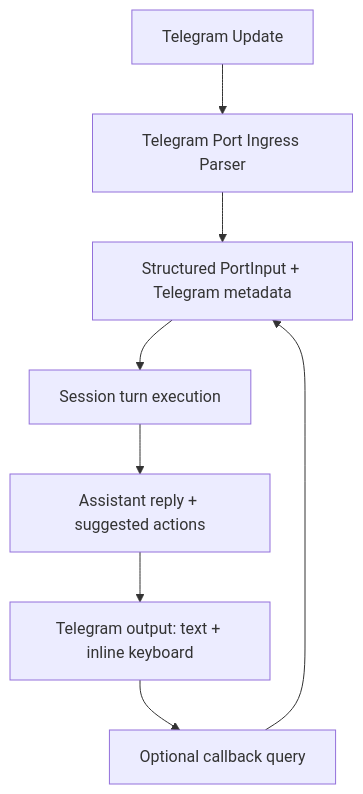
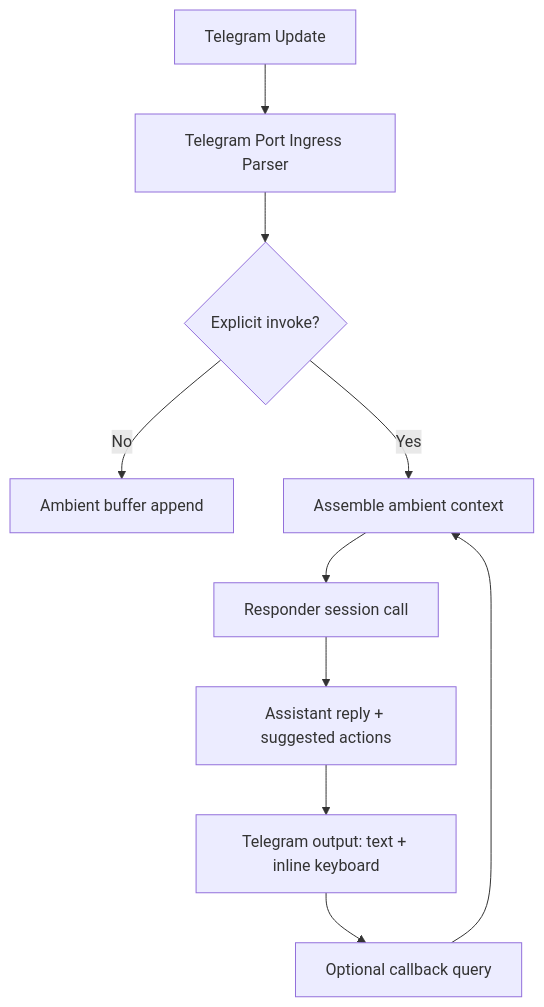
Before and after one commit to leostera/agents: the diagram in docs/rfds/RFD0029-telegram-rich-agent-experience.md, drawn with Mermaid. The commit also changed other lines of this file and 82 other files, not shown here.

````diff
--- a/docs/rfds/RFD0029-telegram-rich-agent-experience.md
+++ b/docs/rfds/RFD0029-telegram-rich-agent-experience.md
@@ -101,10 +101,12 @@
 ```mermaid
 flowchart TD
   A[Telegram Update] --> B[Telegram Port Ingress Parser]
-  B --> C[Structured PortInput + Telegram metadata]
-  C --> D[Session turn execution]
-  D --> E[Assistant reply + suggested actions]
-  E --> F[Telegram output: text + inline keyboard]
-  F --> G[Optional callback query]
-  G --> C
+  B --> C{Explicit invoke?}
+  C -->|No| D[Ambient buffer append]
+  C -->|Yes| E[Assemble ambient context]
+  E --> F[Responder session call]
+  F --> G[Assistant reply + suggested actions]
+  G --> H[Telegram output: text + inline keyboard]
+  H --> I[Optional callback query]
+  I --> E
 ```
````
